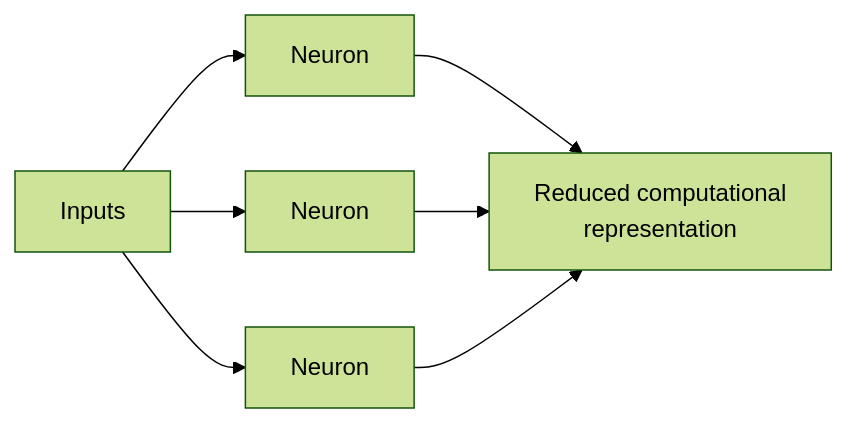
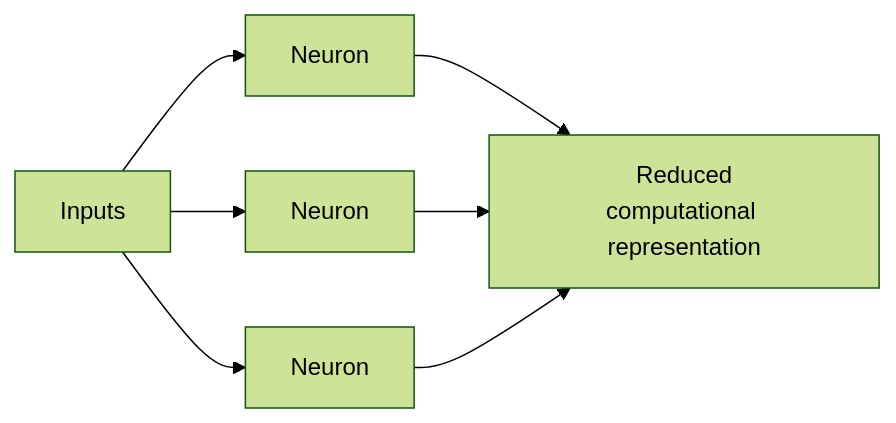
One commit to COMxI2C/neuromorphic-computing-research changed the third of 7 diagrams in README.md. Above: the diagram before and after it, drawn with Mermaid (forest theme).

Commit message:
docs: publish neuromorphic research overview

````diff
--- a/README.md
+++ b/README.md
@@ -95,9 +95,10 @@
 ```mermaid
 flowchart LR
     I[Inputs] --> N1[Neuron]
     I --> N2[Neuron]
     I --> N3[Neuron]
-    N1 --> R[Reduced computational<br/>representation]
+
+    N1 --> R["Reduced<br/>computational representation"]
     N2 --> R
     N3 --> R
 ```
````
